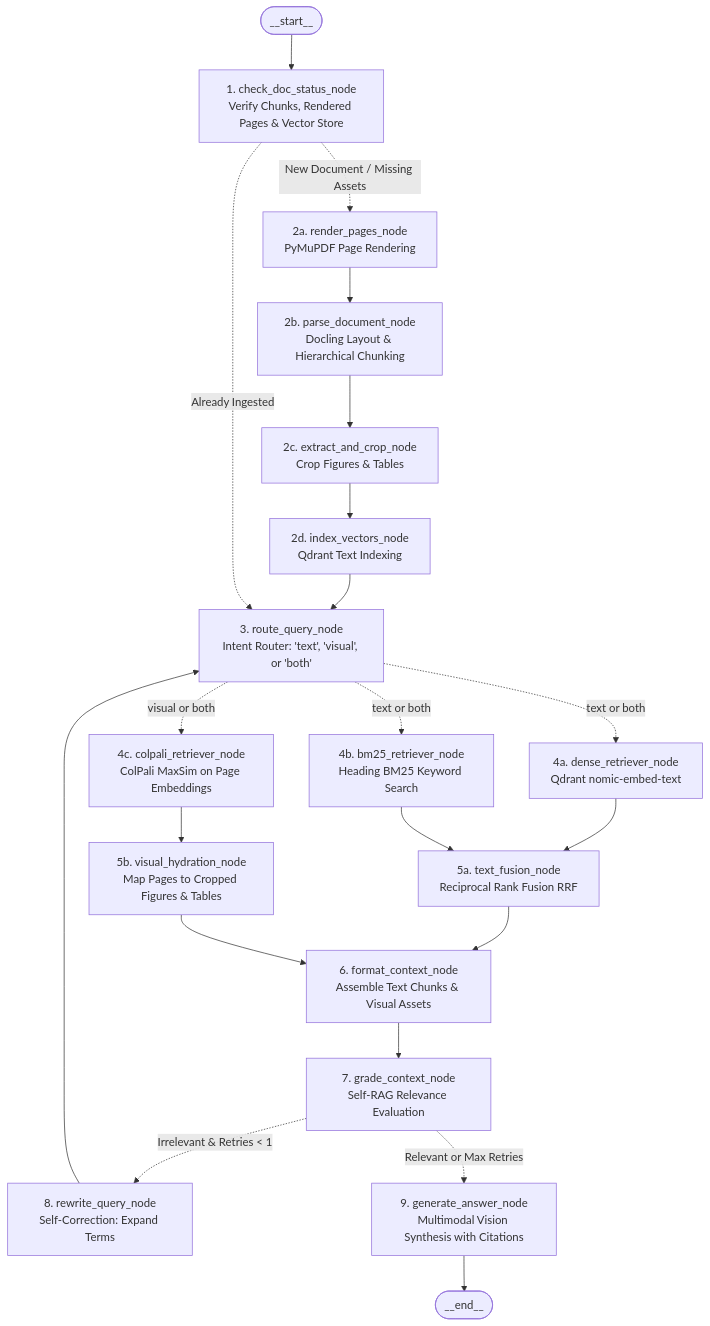
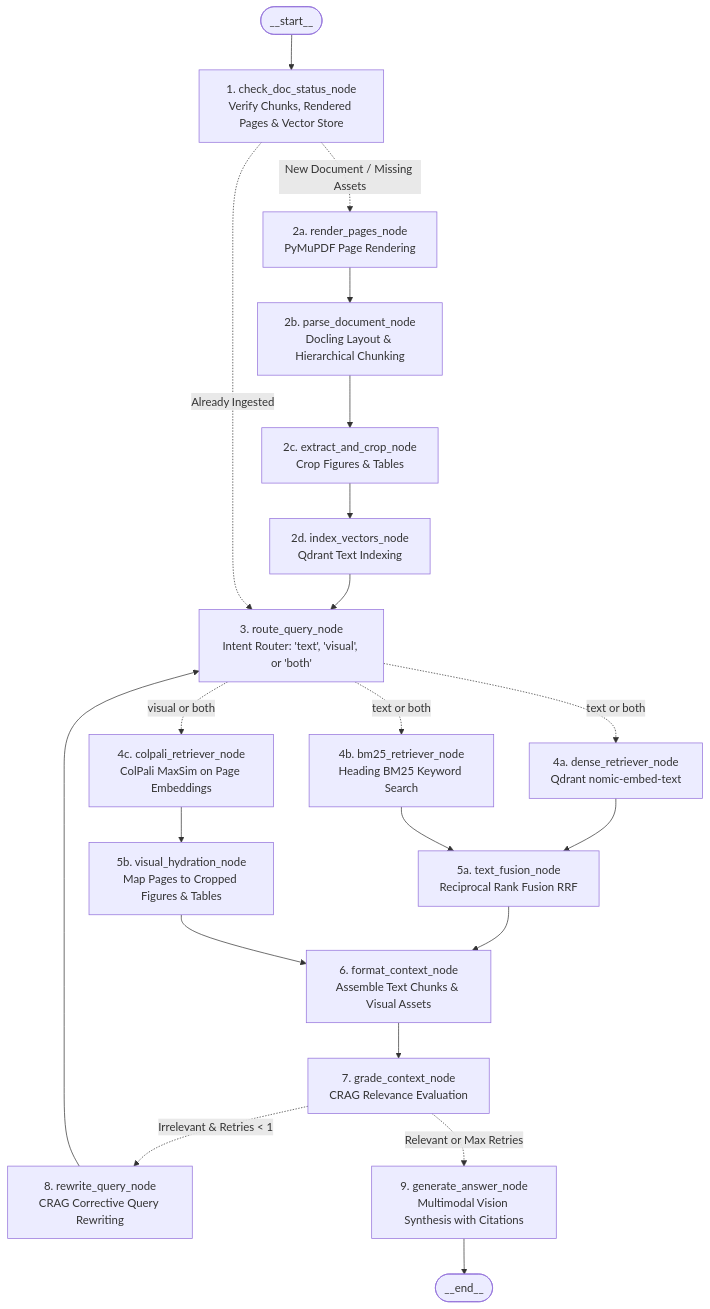
Before and after one commit to Rayyanxalii/Multi-Modal-RAG: the diagram in README.md, drawn with Mermaid. The commit also changed other lines of this file and 5 other files, not shown here.

Commit message:
feat: Integrate llm_vision for answer generation and update architecture to CRAG

````diff
--- a/README.md
+++ b/README.md
@@ -11,37 +11,37 @@
 ```mermaid
 graph TD;
     __start__([__start__]) --> check_doc_status[1. check_doc_status_node<br/>Verify Chunks, Rendered Pages & Vector Store]
 
     %% Ingestion Branch
     check_doc_status -.->|"New Document / Missing Assets"| render_pages[2a. render_pages_node<br/>PyMuPDF Page Rendering]
     render_pages --> parse_document[2b. parse_document_node<br/>Docling Layout & Hierarchical Chunking]
     parse_document --> extract_and_crop[2c. extract_and_crop_node<br/>Crop Figures & Tables]
     extract_and_crop --> index_vectors[2d. index_vectors_node<br/>Qdrant Text Indexing]
     index_vectors --> route_query
 
     %% Fast Path for Ingested Document
     check_doc_status -.->|"Already Ingested"| route_query[3. route_query_node<br/>Intent Router: 'text', 'visual', or 'both']
 
     %% Parallel Multi-Modal Retrieval Branches
     route_query -.->|"text or both"| dense_retriever[4a. dense_retriever_node<br/>Qdrant nomic-embed-text]
     route_query -.->|"text or both"| bm25_retriever[4b. bm25_retriever_node<br/>Heading BM25 Keyword Search]
     route_query -.->|"visual or both"| colpali_retriever[4c. colpali_retriever_node<br/>ColPali MaxSim on Page Embeddings]
 
     %% Fusion & Asset Hydration
     dense_retriever --> text_fusion[5a. text_fusion_node<br/>Reciprocal Rank Fusion RRF]
     bm25_retriever --> text_fusion
     colpali_retriever --> visual_hydration[5b. visual_hydration_node<br/>Map Pages to Cropped Figures & Tables]
 
     %% Context Assembly
     text_fusion --> format_context[6. format_context_node<br/>Assemble Text Chunks & Visual Assets]
     visual_hydration --> format_context
 
-    %% Self-RAG Reflection
-    format_context --> grade_context[7. grade_context_node<br/>Self-RAG Relevance Evaluation]
-    grade_context -.->|"Irrelevant & Retries < 1"| rewrite_query[8. rewrite_query_node<br/>Self-Correction: Expand Terms]
+    %% CRAG Corrective Loop
+    format_context --> grade_context[7. grade_context_node<br/>CRAG Relevance Evaluation]
+    grade_context -.->|"Irrelevant & Retries < 1"| rewrite_query[8. rewrite_query_node<br/>CRAG Corrective Query Rewriting]
     rewrite_query --> route_query
 
     %% Grounded Answer Synthesis
     grade_context -.->|"Relevant or Max Retries"| generate_answer[9. generate_answer_node<br/>Multimodal Vision Synthesis with Citations]
     generate_answer --> __end__([__end__])
 ```
````
